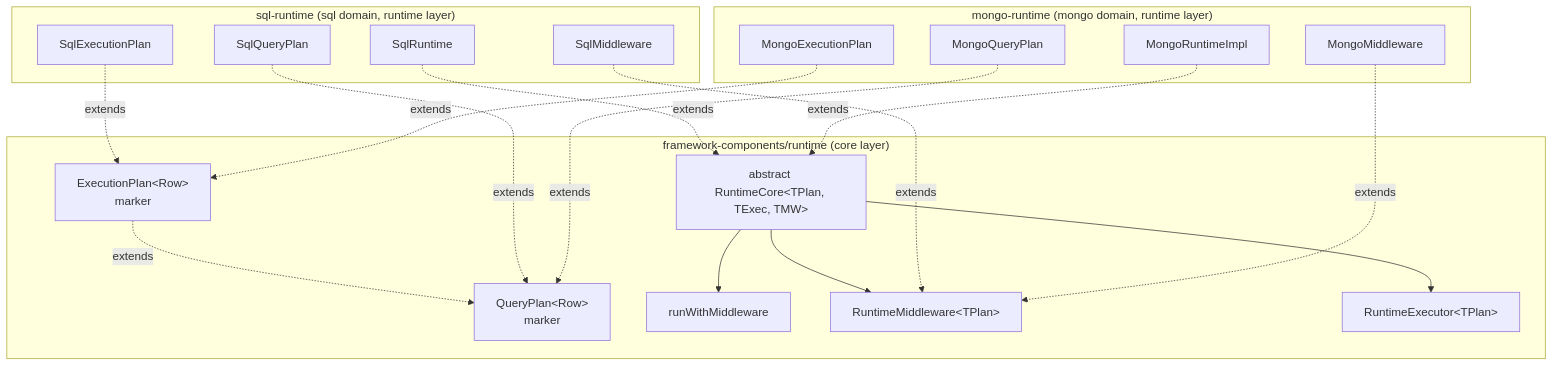
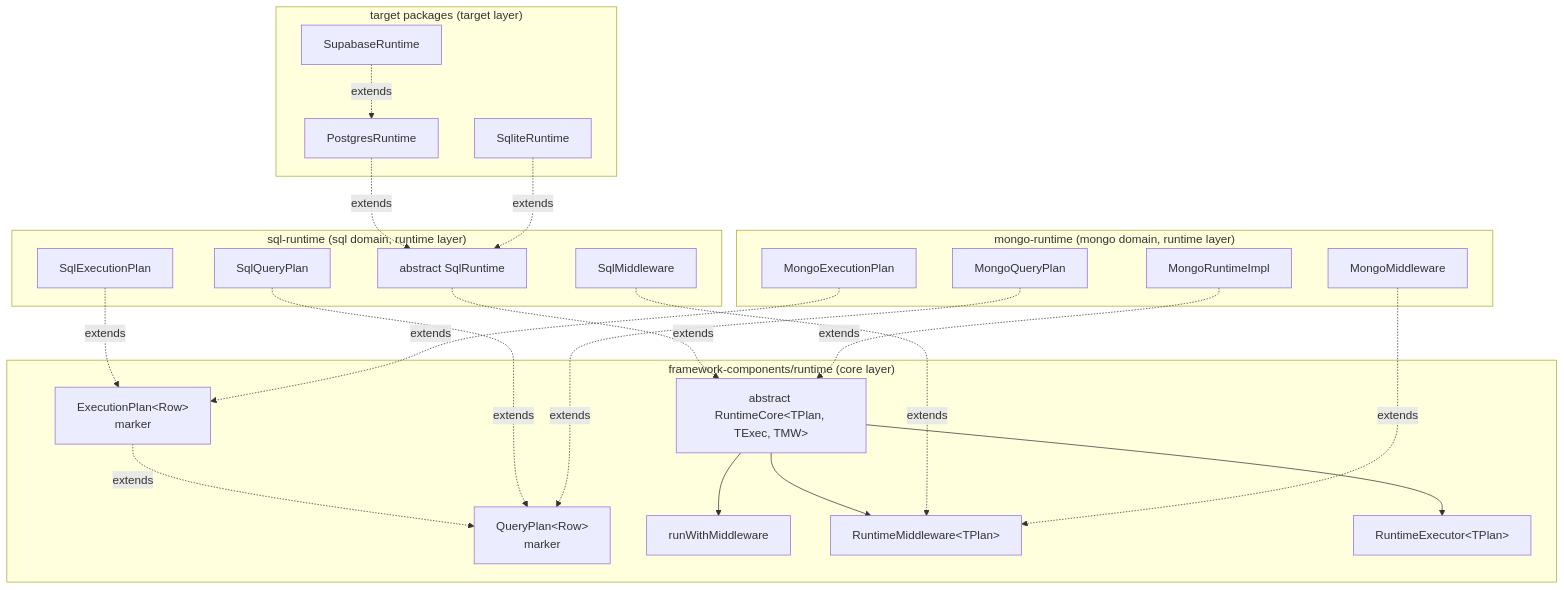
One commit to prisma/prisma-next changed the first of 3 diagrams in docs/architecture docs/subsystems/4. Runtime & Middleware Framework.md. Above: the diagram before and after it, drawn with Mermaid. The commit also changed other lines of this file and 1 other file, not shown here.

First line of the commit message:
TML-2881: revise runtime ADR to as-built design; update runtime subsystem doc

````diff
--- a/docs/architecture docs/subsystems/4. Runtime & Middleware Framework.md
+++ b/docs/architecture docs/subsystems/4. Runtime & Middleware Framework.md
@@ -29,37 +31,46 @@
 ```mermaid
 flowchart TB
   subgraph framework["framework-components/runtime (core layer)"]
     QP[QueryPlan&lt;Row&gt;<br/>marker]
     EP[ExecutionPlan&lt;Row&gt;<br/>marker]
     EP -.extends.-> QP
     Core[abstract RuntimeCore&lt;TPlan, TExec, TMW&gt;]
     Helper[runWithMiddleware]
     MW[RuntimeMiddleware&lt;TPlan&gt;]
     Exec[RuntimeExecutor&lt;TPlan&gt;]
     Core --> Helper
     Core --> MW
     Core --> Exec
   end
 
   subgraph sql["sql-runtime (sql domain, runtime layer)"]
     SQP[SqlQueryPlan]
     SEP[SqlExecutionPlan]
-    SR[SqlRuntime]
+    SR[abstract SqlRuntime]
     SMW[SqlMiddleware]
     SQP -.extends.-> QP
     SEP -.extends.-> EP
     SR -.extends.-> Core
     SMW -.extends.-> MW
   end
 
   subgraph mongo["mongo-runtime (mongo domain, runtime layer)"]
     MQP[MongoQueryPlan]
     MEP[MongoExecutionPlan]
     MR[MongoRuntimeImpl]
     MMW[MongoMiddleware]
     MQP -.extends.-> QP
     MEP -.extends.-> EP
     MR -.extends.-> Core
     MMW -.extends.-> MW
   end
+
+  subgraph targets["target packages (target layer)"]
+    PR[PostgresRuntime]
+    SLR[SqliteRuntime]
+    SupR[SupabaseRuntime]
+    PR -.extends.-> SR
+    SLR -.extends.-> SR
+    SupR -.extends.-> PR
+  end
 ```
````
